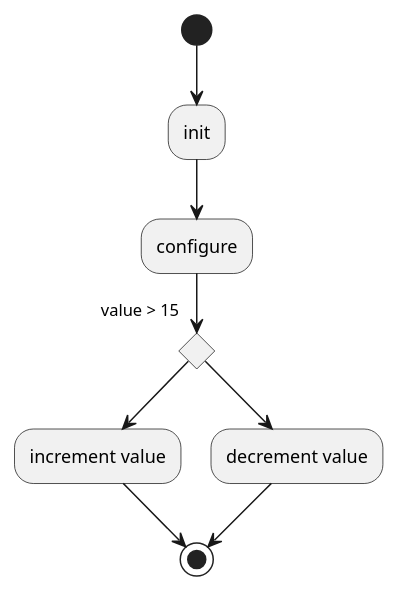
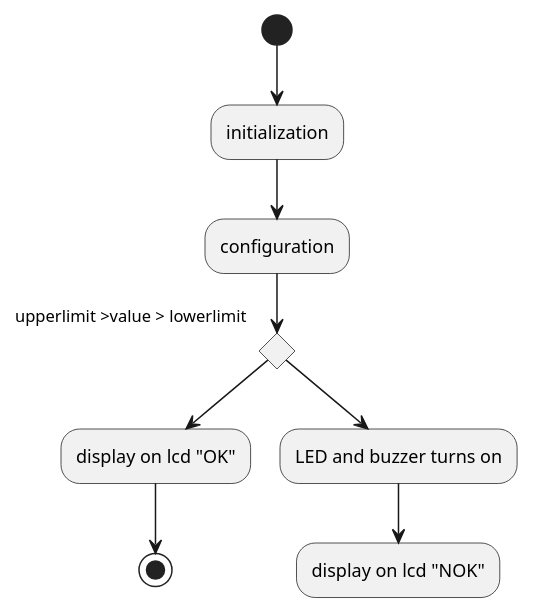
Before and after one commit to ahmedloulou/Embedded2: the second of 2 diagrams in project_design_tpl.md, drawn with PlantUML.

````diff
--- a/project_design_tpl.md
+++ b/project_design_tpl.md
@@ -43,13 +43,11 @@
-```plantuml
 @startuml
-(*) --> init
---> configure
-if value > 15
-  --> increment value
+(*) --> initialization
+--> configuration
+if upperlimit >value > lowerlimit 
+  --> display on lcd "OK"
   --> (*)
 else
-  --> decrement value
-  --> (*)
+  --> LED and buzzer turns on
+  --> display on lcd "NOK"
 endif
 @enduml
-```
````
